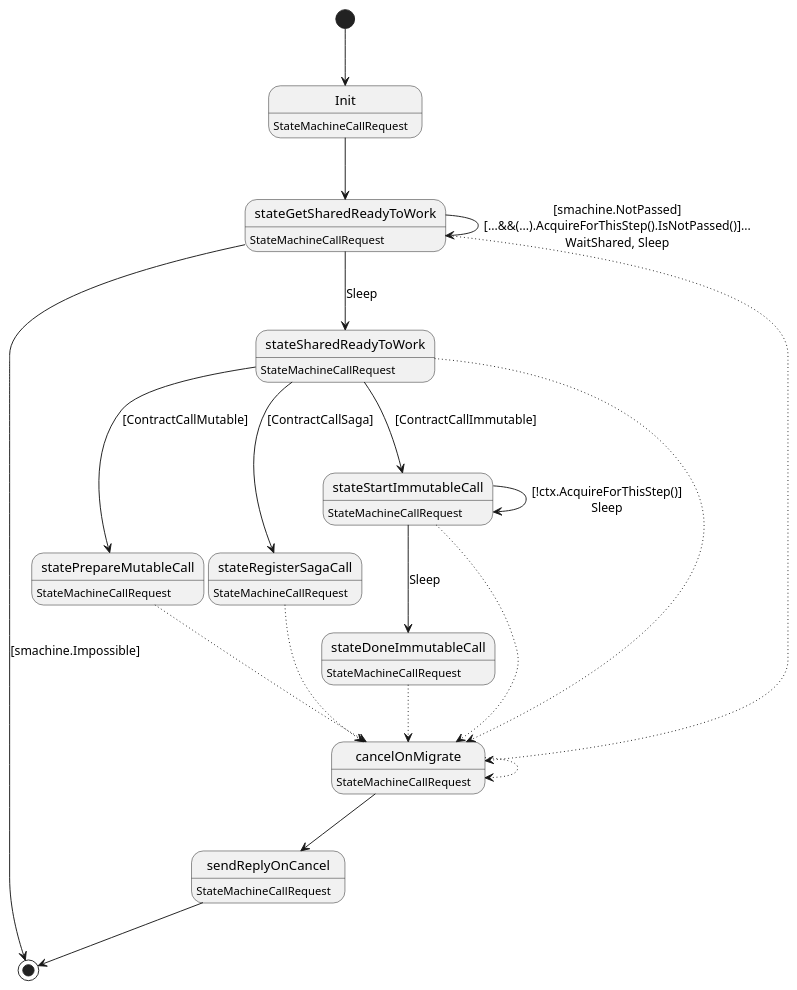
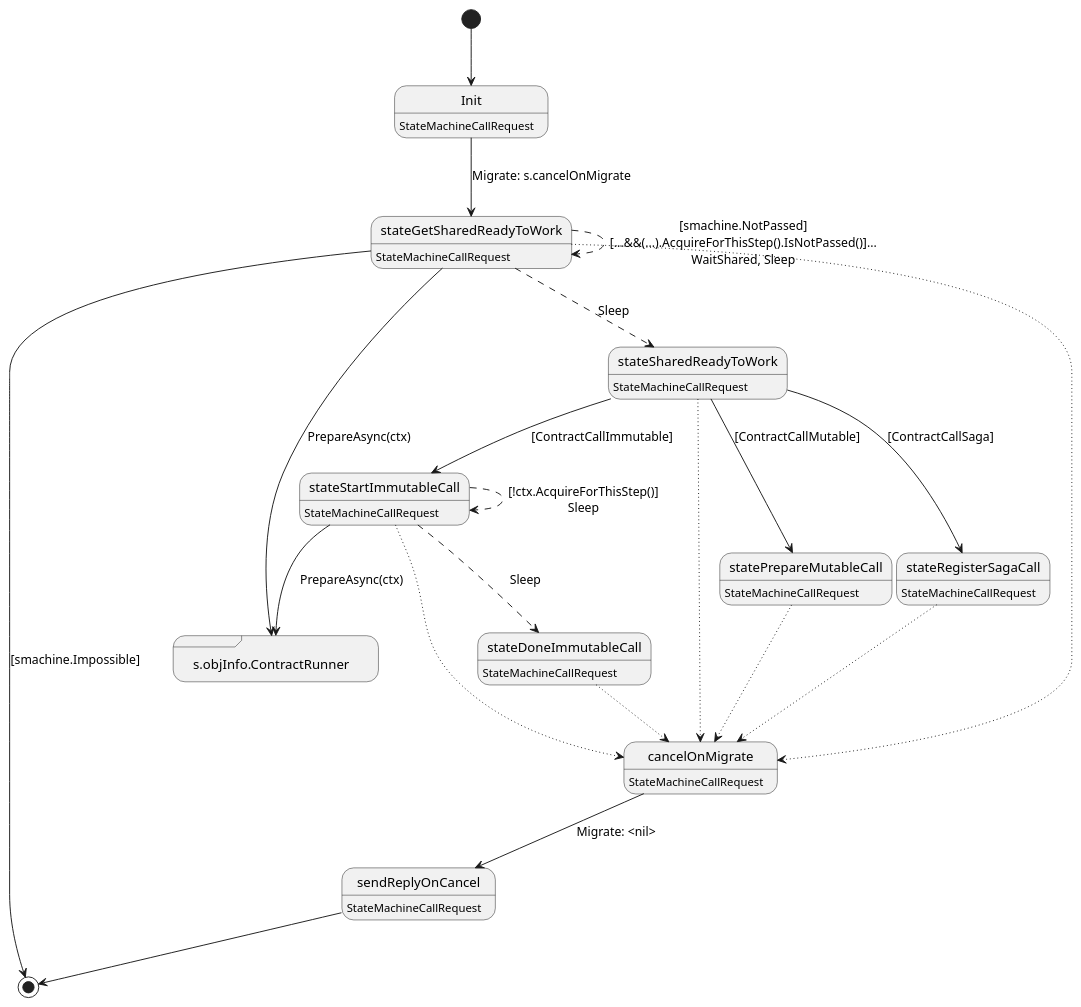
Before and after one commit to insolar/assured-ledger: the diagram in ledger-core/conveyor/smachine/main/example/sm_vm_call_req.plantuml, drawn with PlantUML. The commit also changed 15 other files, not shown here.

Commit message:
UML Update

```diff
--- a/ledger-core/conveyor/smachine/main/example/sm_vm_call_req.plantuml
+++ b/ledger-core/conveyor/smachine/main/example/sm_vm_call_req.plantuml
@@ -1,39 +1,42 @@
 @startuml
 state "Init" as T00_S001
 T00_S001 : StateMachineCallRequest
 [*] --> T00_S001
-T00_S001 --> T00_S003
+T00_S001 --> T00_S003 : Migrate: s.cancelOnMigrate
 state "cancelOnMigrate" as T00_S002
 T00_S002 : StateMachineCallRequest
-T00_S002 --[dotted]> T00_S002
-T00_S002 --> T00_S009
-state "sendReplyOnCancel" as T00_S009
-T00_S009 : StateMachineCallRequest
-T00_S009 -->[*]
-state "stateDoneImmutableCall" as T00_S006
-T00_S006 : StateMachineCallRequest
-T00_S006 --[dotted]> T00_S002
+T00_S002 --> T00_S010 : Migrate: <nil>
+state "s.objInfo.ContractRunner" as T00_S004 <<sdlreceive>>
+T00_S004 : DUPLICATE
+state "sendReplyOnCancel" as T00_S010
+T00_S010 : StateMachineCallRequest
+T00_S010 --> [*]
+state "stateDoneImmutableCall" as T00_S007
+T00_S007 : StateMachineCallRequest
+T00_S007 --[dotted]> T00_S002
 state "stateGetSharedReadyToWork" as T00_S003
 T00_S003 : StateMachineCallRequest
 T00_S003 --[dotted]> T00_S002
-T00_S003 -> T00_S003 : [smachine.NotPassed]\n[...&&(...).AcquireForThisStep().IsNotPassed()]...\nWaitShared, Sleep
-T00_S003 -->[*] : [smachine.Impossible]\n
-T00_S003 --> T00_S004 : Sleep
-state "statePrepareMutableCall" as T00_S008
+T00_S003 --[dashed]> T00_S003 : [smachine.NotPassed]\n[...&&(...).AcquireForThisStep().IsNotPassed()]...\nWaitShared, Sleep
+T00_S003 --> [*] : [smachine.Impossible]
+T00_S003 --> T00_S004 : PrepareAsync(ctx)
+T00_S003 --[dashed]> T00_S005 : Sleep
+state "statePrepareMutableCall" as T00_S009
+T00_S009 : StateMachineCallRequest
+T00_S009 --[dotted]> T00_S002
+state "stateRegisterSagaCall" as T00_S008
 T00_S008 : StateMachineCallRequest
 T00_S008 --[dotted]> T00_S002
-state "stateRegisterSagaCall" as T00_S007
-T00_S007 : StateMachineCallRequest
-T00_S007 --[dotted]> T00_S002
-state "stateSharedReadyToWork" as T00_S004
-T00_S004 : StateMachineCallRequest
-T00_S004 --[dotted]> T00_S002
-T00_S004 --> T00_S008 : [ContractCallMutable]\n
-T00_S004 --> T00_S005 : [ContractCallImmutable]\n
-T00_S004 --> T00_S007 : [ContractCallSaga]\n
-state "stateStartImmutableCall" as T00_S005
+state "stateSharedReadyToWork" as T00_S005
 T00_S005 : StateMachineCallRequest
 T00_S005 --[dotted]> T00_S002
-T00_S005 -> T00_S005 : [!ctx.AcquireForThisStep()]\nSleep
-T00_S005 --> T00_S006 : Sleep
+T00_S005 --> T00_S009 : [ContractCallMutable]
+T00_S005 --> T00_S006 : [ContractCallImmutable]
+T00_S005 --> T00_S008 : [ContractCallSaga]
+state "stateStartImmutableCall" as T00_S006
+T00_S006 : StateMachineCallRequest
+T00_S006 --[dotted]> T00_S002
+T00_S006 --[dashed]> T00_S006 : [!ctx.AcquireForThisStep()]\nSleep
+T00_S006 --> T00_S004 : PrepareAsync(ctx)
+T00_S006 --[dashed]> T00_S007 : Sleep
 @enduml
```
